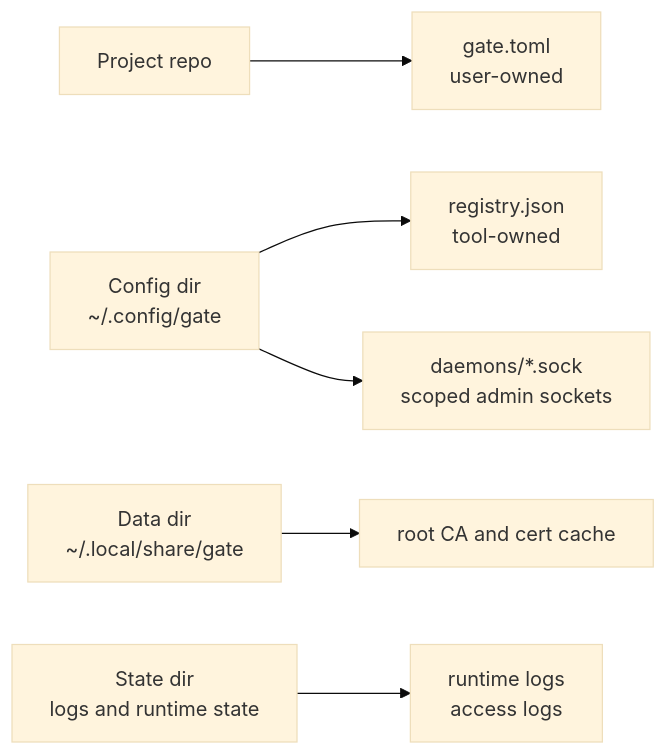
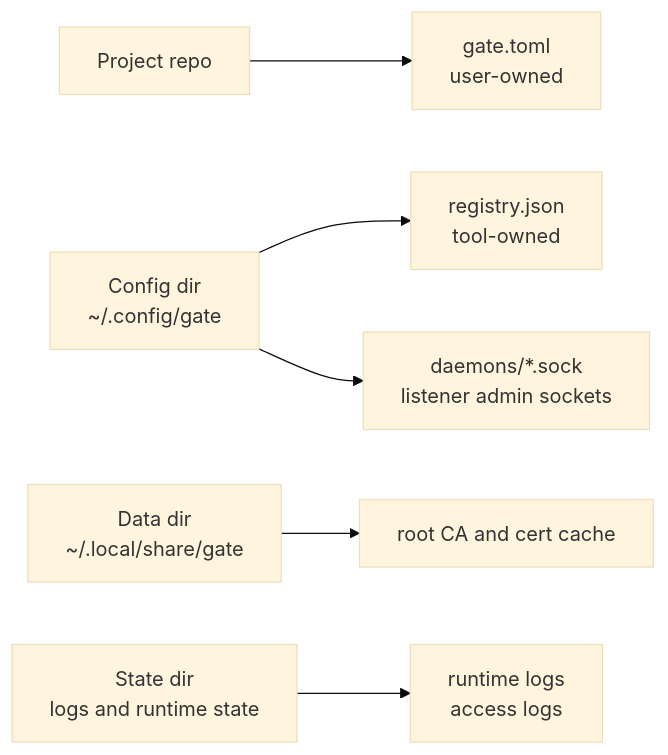
One commit to jinyongp/gate changed the fourth of 12 diagrams in docs/spec.md. Above: the diagram before and after it, drawn with Mermaid (base theme). The commit also changed other lines of this file and 38 other files, not shown here.

First line of the commit message:
feat(cli)!: key daemons by listener

````diff
--- a/docs/spec.md
+++ b/docs/spec.md
@@ -191,18 +192,18 @@
 ```mermaid
 flowchart LR
     project["Project repo"]
     gatetoml["gate.toml<br/>user-owned"]
     cfgdir["Config dir<br/>~/.config/gate"]
     registry["registry.json<br/>tool-owned"]
-    sockets["daemons/*.sock<br/>scoped admin sockets"]
+    sockets["daemons/*.sock<br/>listener admin sockets"]
     datadir["Data dir<br/>~/.local/share/gate"]
     ca["root CA and cert cache"]
     statedir["State dir<br/>logs and runtime state"]
     logs["runtime logs<br/>access logs"]
 
     project --> gatetoml
     cfgdir --> registry
     cfgdir --> sockets
     datadir --> ca
     statedir --> logs
 ```
````
